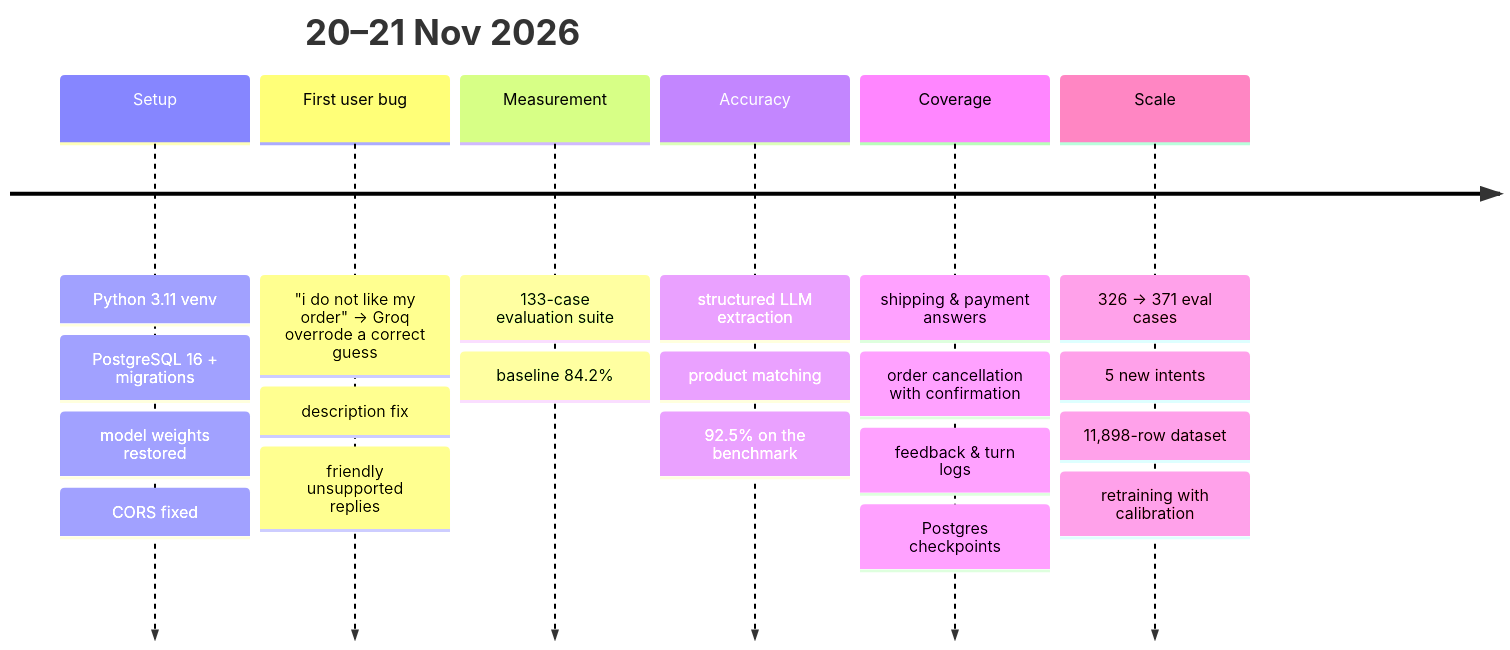
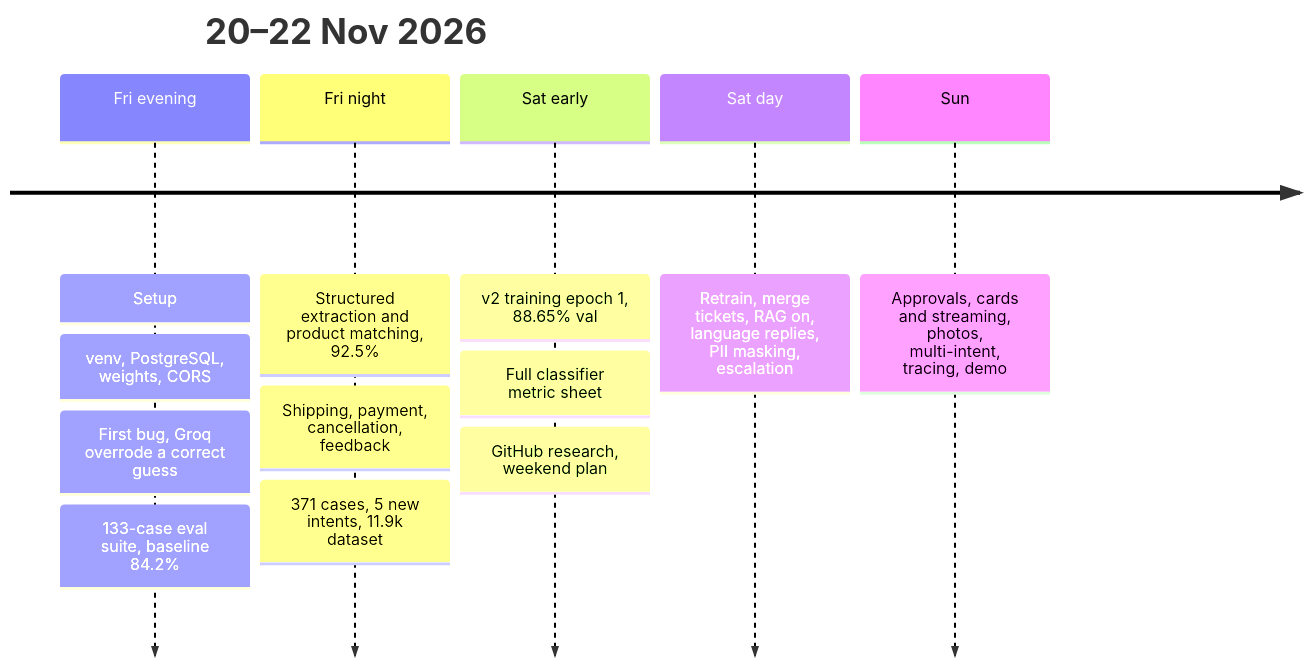
One commit to Anushka-v24/ecommerce-customer-support-assistant changed the ninth of 38 diagrams in docs/ENHANCEMENT_REPORT.md. Above: the diagram before and after it, drawn with Mermaid. The commit also changed other lines of this file and 5 other files, not shown here.

````diff
--- a/docs/ENHANCEMENT_REPORT.md
+++ b/docs/ENHANCEMENT_REPORT.md
@@ -197,10 +328,15 @@
 ```mermaid
 timeline
-    title 20–21 Nov 2026
-    Setup : Python 3.11 venv : PostgreSQL 16 + migrations : model weights restored : CORS fixed
-    First user bug : "i do not like my order" → Groq overrode a correct guess : description fix : friendly unsupported replies
-    Measurement : 133-case evaluation suite : baseline 84.2%
-    Accuracy : structured LLM extraction : product matching : 92.5% on the benchmark
-    Coverage : shipping & payment answers : order cancellation with confirmation : feedback & turn logs : Postgres checkpoints
-    Scale : 326 → 371 eval cases : 5 new intents : 11,898-row dataset : retraining with calibration
+    title 20–22 Nov 2026
+    Fri evening : Setup : venv, PostgreSQL, weights, CORS
+              : First bug, Groq overrode a correct guess
+              : 133-case eval suite, baseline 84.2%
+    Fri night : Structured extraction and product matching, 92.5%
+              : Shipping, payment, cancellation, feedback
+              : 371 cases, 5 new intents, 11.9k dataset
+    Sat early : v2 training epoch 1, 88.65% val
+              : Full classifier metric sheet
+              : GitHub research, weekend plan
+    Sat day   : Retrain, merge tickets, RAG on, language replies, PII masking, escalation
+    Sun       : Approvals, cards and streaming, photos, multi-intent, tracing, demo
 ```
````
